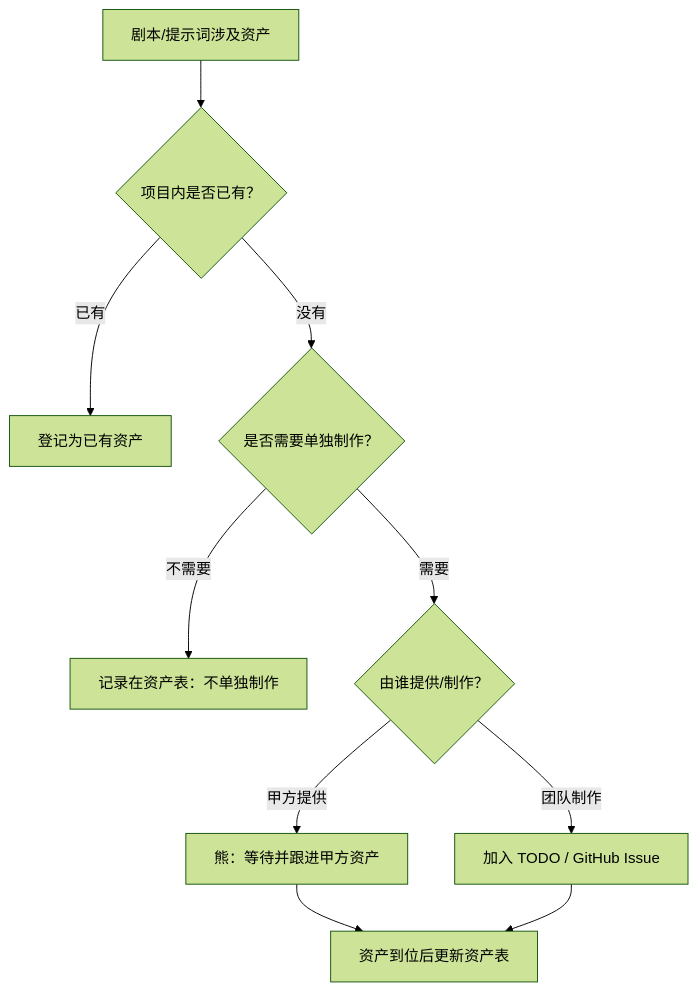
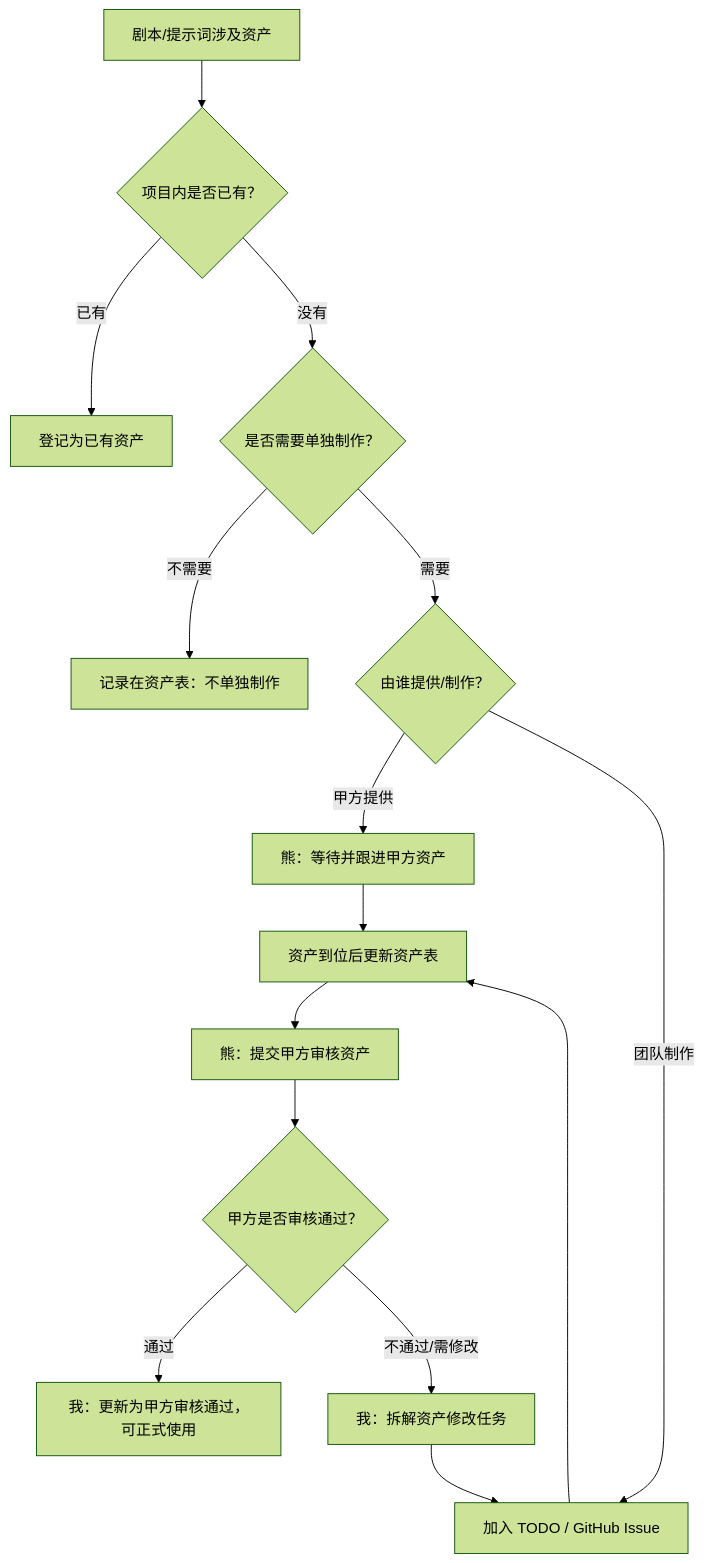
Before and after one commit to Patrick-MY/YeLoli_Epsidoe: the third of 3 diagrams in 工作流程图.md, drawn with Mermaid (forest theme). The commit also changed other lines of this file and 6 other files, not shown here.

````diff
--- a/工作流程图.md
+++ b/工作流程图.md
@@ -40,12 +40,17 @@
 ```mermaid
 flowchart TD
     A["剧本/提示词涉及资产"] --> B{"项目内是否已有？"}
     B -- "已有" --> C["登记为已有资产"]
     B -- "没有" --> D{"是否需要单独制作？"}
     D -- "不需要" --> E["记录在资产表：不单独制作"]
     D -- "需要" --> F{"由谁提供/制作？"}
     F -- "甲方提供" --> G["熊：等待并跟进甲方资产"]
     F -- "团队制作" --> H["加入 TODO / GitHub Issue"]
     G --> I["资产到位后更新资产表"]
     H --> I
+    I --> J["熊：提交甲方审核资产"]
+    J --> K{"甲方是否审核通过？"}
+    K -- "通过" --> L["我：更新为甲方审核通过，可正式使用"]
+    K -- "不通过/需修改" --> M["我：拆解资产修改任务"]
+    M --> H
 ```
````
